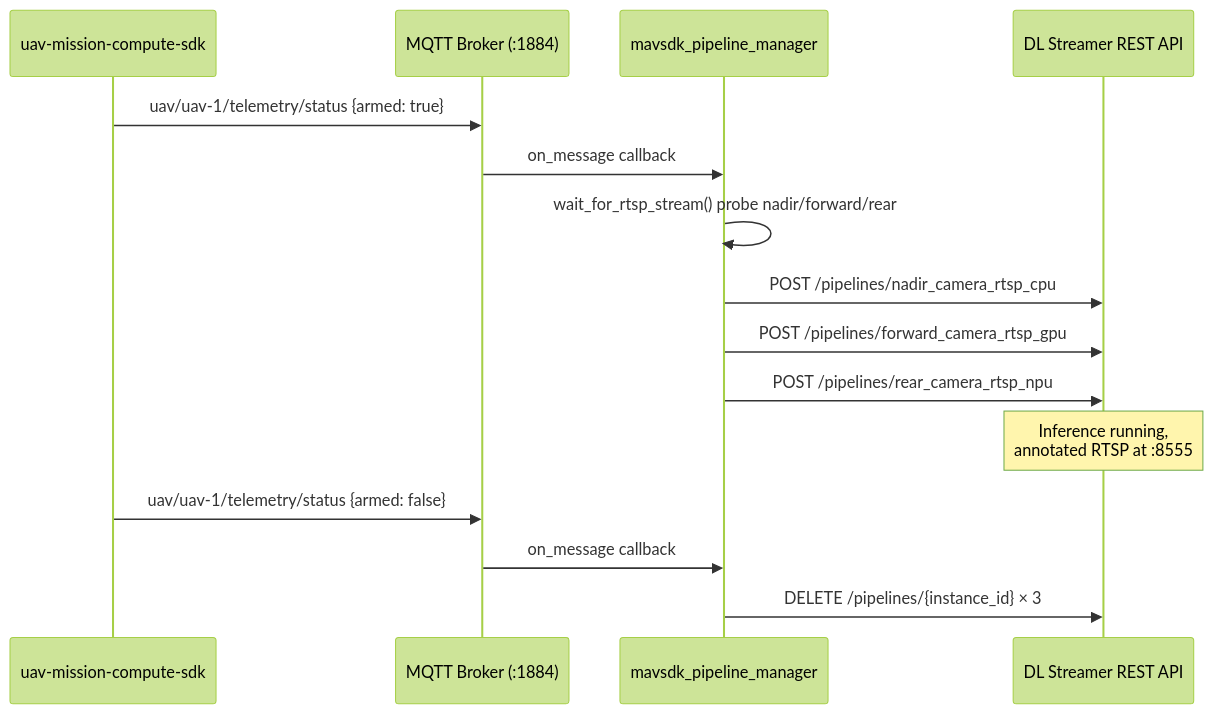
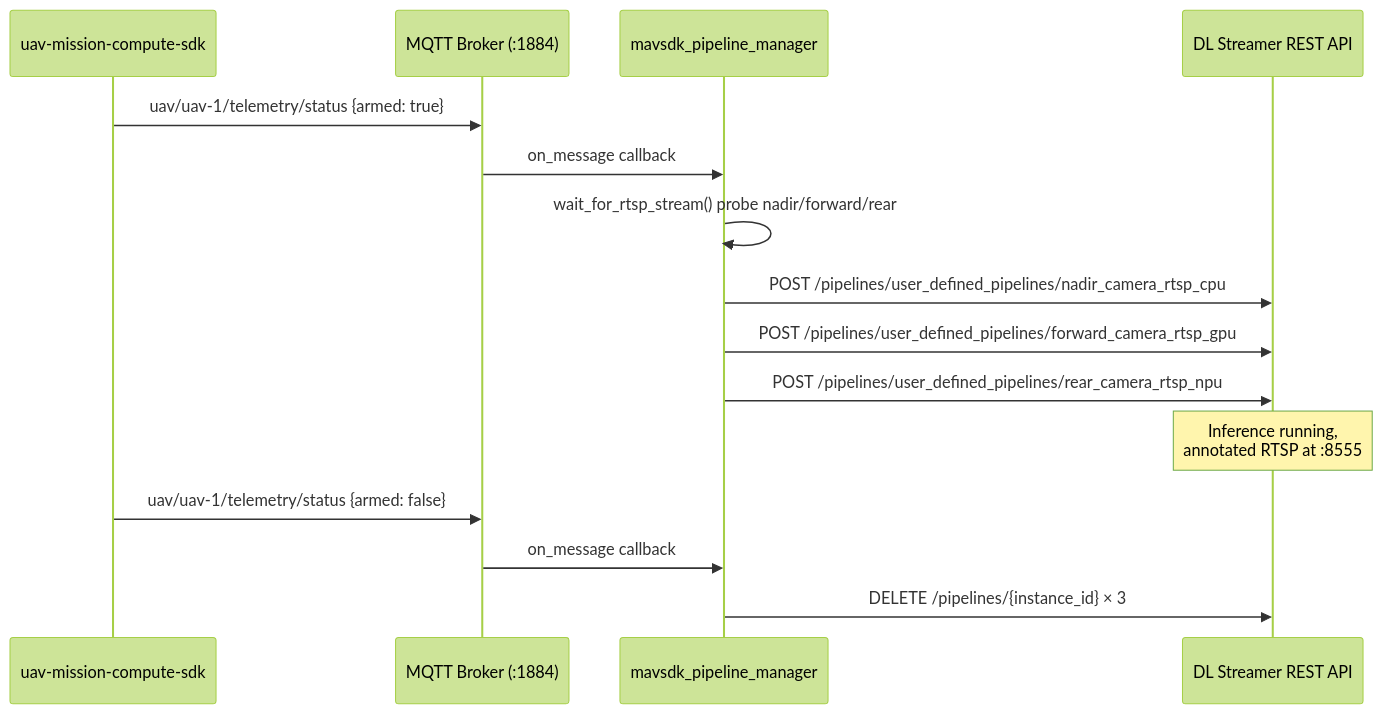
Before and after one commit to open-edge-platform/edge-ai-suites: the fifth of 6 diagrams in federal-aerospace/docs/uav-vision-analytics/overview.md, drawn with Mermaid (forest theme). The commit also changed 3 other files, not shown here.

````diff
--- a/federal-aerospace/docs/uav-vision-analytics/overview.md
+++ b/federal-aerospace/docs/uav-vision-analytics/overview.md
@@ -133,18 +133,18 @@
 ```mermaid
 sequenceDiagram
     participant SDK as uav-mission-compute-sdk
     participant BROKER as MQTT Broker (:1884)
     participant PM as mavsdk_pipeline_manager
     participant DLSPS as DL Streamer REST API
 
     SDK->>BROKER: uav/uav-1/telemetry/status {armed: true}
     BROKER->>PM: on_message callback
     PM->>PM: wait_for_rtsp_stream() probe nadir/forward/rear
-    PM->>DLSPS: POST /pipelines/nadir_camera_rtsp_cpu
-    PM->>DLSPS: POST /pipelines/forward_camera_rtsp_gpu
-    PM->>DLSPS: POST /pipelines/rear_camera_rtsp_npu
+    PM->>DLSPS: POST /pipelines/user_defined_pipelines/nadir_camera_rtsp_cpu
+    PM->>DLSPS: POST /pipelines/user_defined_pipelines/forward_camera_rtsp_gpu
+    PM->>DLSPS: POST /pipelines/user_defined_pipelines/rear_camera_rtsp_npu
     Note over DLSPS: Inference running,<br/>annotated RTSP at :8555
     SDK->>BROKER: uav/uav-1/telemetry/status {armed: false}
     BROKER->>PM: on_message callback
     PM->>DLSPS: DELETE /pipelines/{instance_id} × 3
 ```
````
